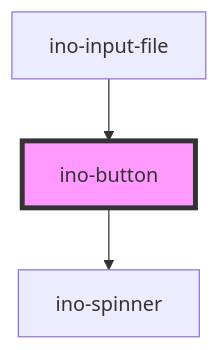
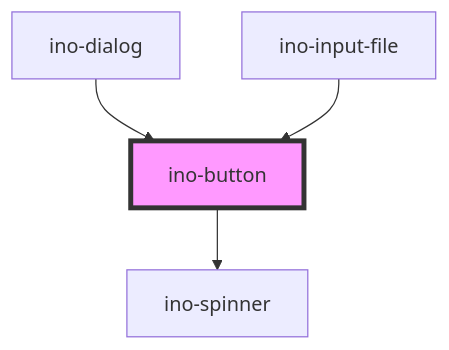
One commit to inovex/elements changed the diagram in packages/elements/src/components/ino-button/readme.md. Above: the diagram before and after it, drawn with Mermaid. The commit also changed other lines of this file and 8 other files, not shown here.

Commit message:
refactor(elements|ino-dialog): add new design - headline with body & two buttons

````diff
--- a/packages/elements/src/components/ino-button/readme.md
+++ b/packages/elements/src/components/ino-button/readme.md
@@ -126,6 +127,7 @@
 ```mermaid
 graph TD;
   ino-button --> ino-spinner
+  ino-dialog --> ino-button
   ino-input-file --> ino-button
   style ino-button fill:#f9f,stroke:#333,stroke-width:4px
 ```
````
